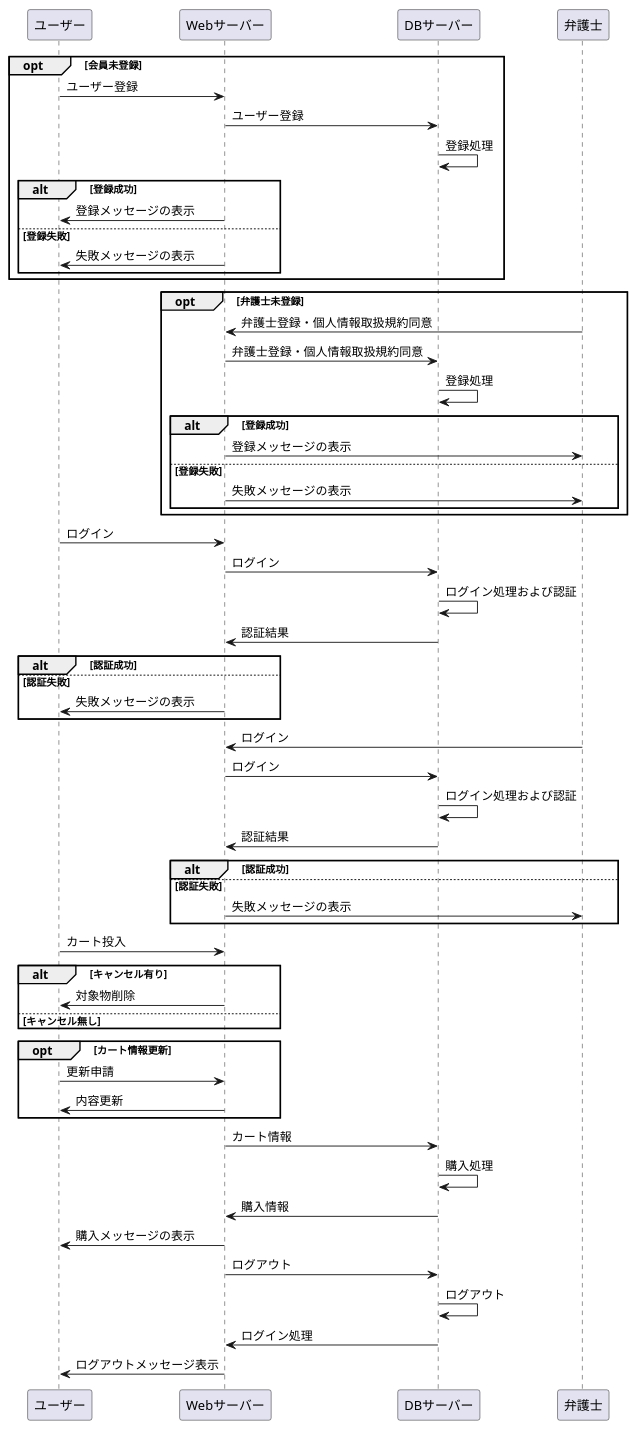
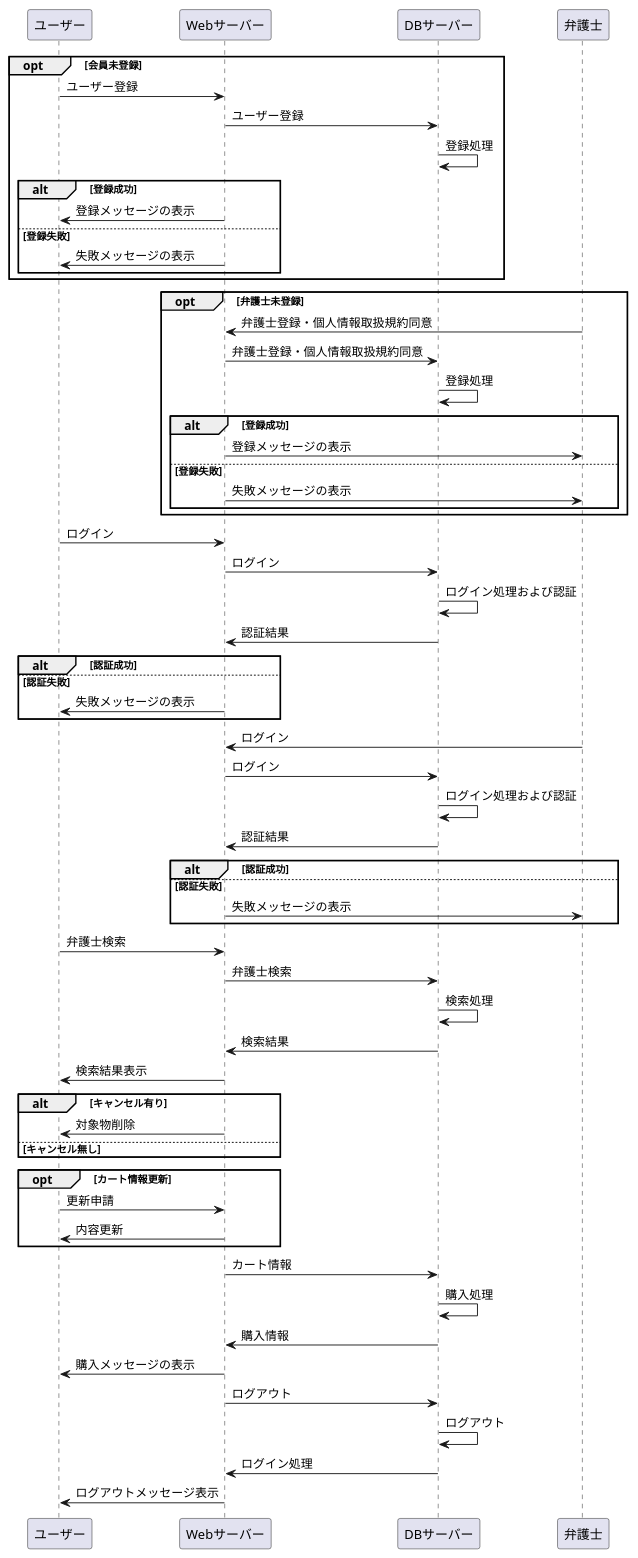
The diagram in bengoshi-syoukai.md (Aso2001374/2021sys-design), drawn with PlantUML before and after one commit.

```diff
--- a/bengoshi-syoukai.md
+++ b/bengoshi-syoukai.md
@@ -59,7 +59,11 @@
   
   
   
-ユーザー -> Webサーバー:カート投入
+ユーザー -> Webサーバー:弁護士検索
+Webサーバー -> DBサーバー:弁護士検索
+DBサーバー -> DBサーバー:検索処理
+DBサーバー -> Webサーバー:検索結果
+Webサーバー ->ユーザー:検索結果表示
 
   
   alt キャンセル有り
```
